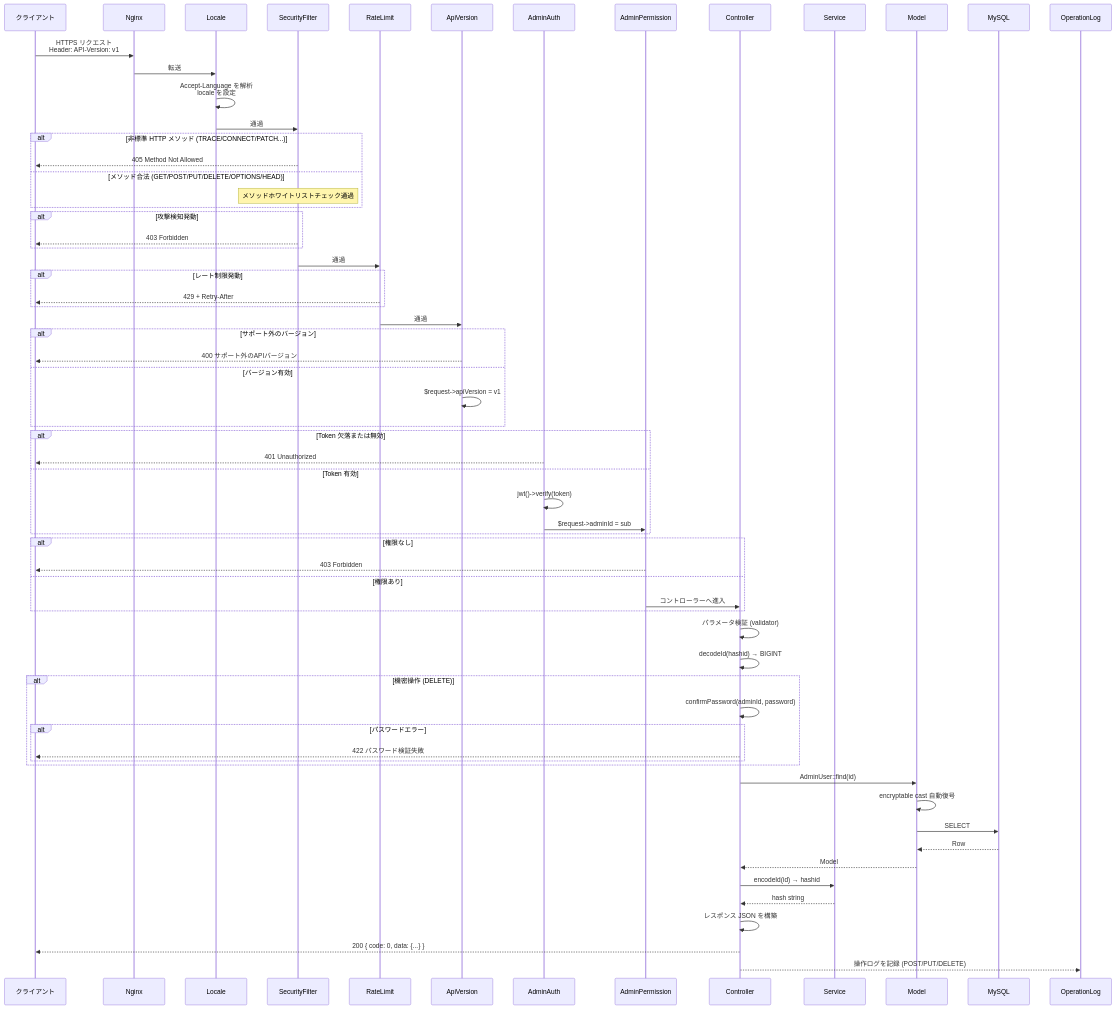
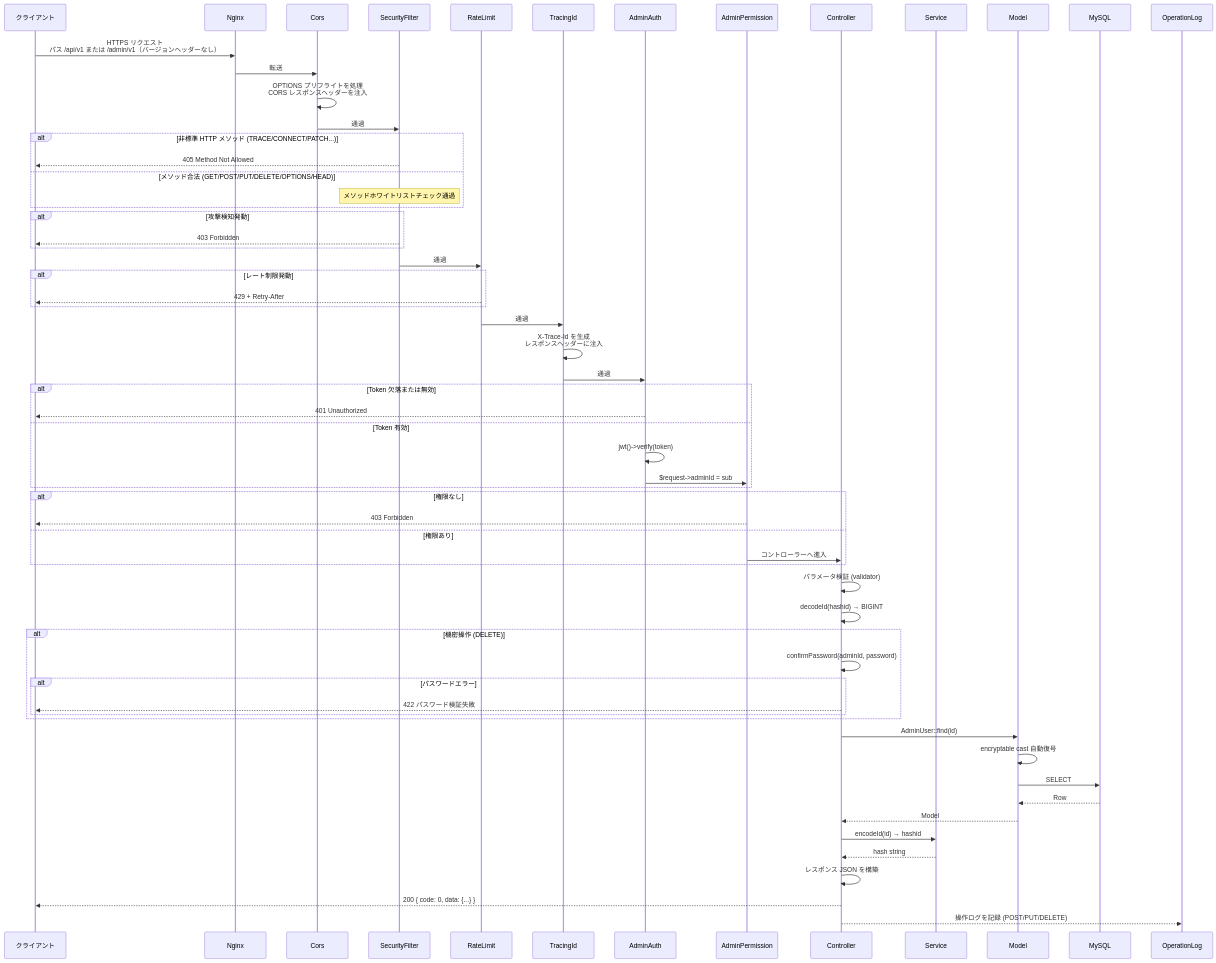
Before and after one commit to erikwang2013/erp-php: the third of 20 diagrams in docs/i18n/ja/ARCHITECTURE.md, drawn with Mermaid. The commit also changed other lines of this file and 325 other files, not shown here.

````diff
--- a/docs/i18n/ja/ARCHITECTURE.md
+++ b/docs/i18n/ja/ARCHITECTURE.md
@@ -157,81 +174,77 @@
 ```mermaid
 sequenceDiagram
     participant C as クライアント
     participant N as Nginx
-    participant MW_LOC as Locale
+    participant MW_CR as Cors
     participant MW_SF as SecurityFilter
     participant MW_RL as RateLimit
-    participant MW0 as ApiVersion
+    participant MW_TID as TracingId
     participant MW1 as AdminAuth
     participant MW2 as AdminPermission
     participant CTL as Controller
     participant SVC as Service
     participant MDL as Model
     participant DB as MySQL
     participant OPLOG as OperationLog
 
-    C->>N: HTTPS リクエスト<br/>Header: API-Version: v1
-    N->>MW_LOC: 転送
-    MW_LOC->>MW_LOC: Accept-Language を解析<br/>locale を設定
-    MW_LOC->>MW_SF: 通過
+    C->>N: HTTPS リクエスト<br/>パス /api/v1 または /admin/v1（バージョンヘッダーなし）
+    N->>MW_CR: 転送
+    MW_CR->>MW_CR: OPTIONS プリフライトを処理<br/>CORS レスポンスヘッダーを注入
+    MW_CR->>MW_SF: 通過
 
     alt 非標準 HTTP メソッド (TRACE/CONNECT/PATCH...)
         MW_SF-->>C: 405 Method Not Allowed
     else メソッド合法 (GET/POST/PUT/DELETE/OPTIONS/HEAD)
         Note over MW_SF: メソッドホワイトリストチェック通過
     end
 
     alt 攻撃検知発動
         MW_SF-->>C: 403 Forbidden
     end
 
     MW_SF->>MW_RL: 通過
 
     alt レート制限発動
         MW_RL-->>C: 429 + Retry-After
     end
 
-    MW_RL->>MW0: 通過
-
-    alt サポート外のバージョン
-        MW0-->>C: 400 サポート外のAPIバージョン
-    else バージョン有効
-        MW0->>MW0: $request->apiVersion = v1
-    end
+    MW_RL->>MW_TID: 通過
+    MW_TID->>MW_TID: X-Trace-Id を生成<br/>レスポンスヘッダーに注入
+    MW_TID->>MW1: 通過
 
     alt Token 欠落または無効
         MW1-->>C: 401 Unauthorized
     else Token 有効
         MW1->>MW1: jwt()->verify(token)
         MW1->>MW2: $request->adminId = sub
     end
 
     alt 権限なし
         MW2-->>C: 403 Forbidden
     else 権限あり
         MW2->>CTL: コントローラーへ進入
     end
 
     CTL->>CTL: パラメータ検証 (validator)
     CTL->>CTL: decodeId(hashid) → BIGINT
 
     alt 機密操作 (DELETE)
         CTL->>CTL: confirmPassword(adminId, password)
         alt パスワードエラー
             CTL-->>C: 422 パスワード検証失敗
         end
     end
 
     CTL->>MDL: AdminUser::find(id)
     MDL->>MDL: encryptable cast 自動復号
     MDL->>DB: SELECT
     DB-->>MDL: Row
     MDL-->>CTL: Model
 
     CTL->>SVC: encodeId(id) → hashid
     SVC-->>CTL: hash string
 
     CTL->>CTL: レスポンス JSON を構築
     CTL-->>C: 200 { code: 0, data: {...} }
     CTL-->>OPLOG: 操作ログを記録 (POST/PUT/DELETE)
 ```
````
